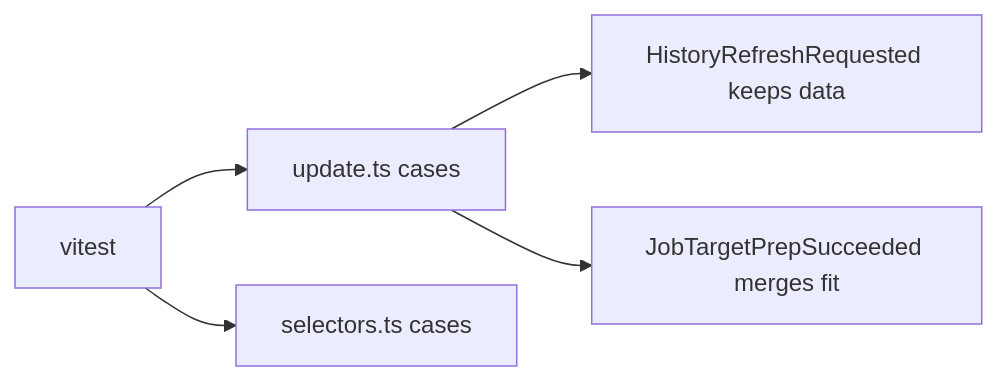
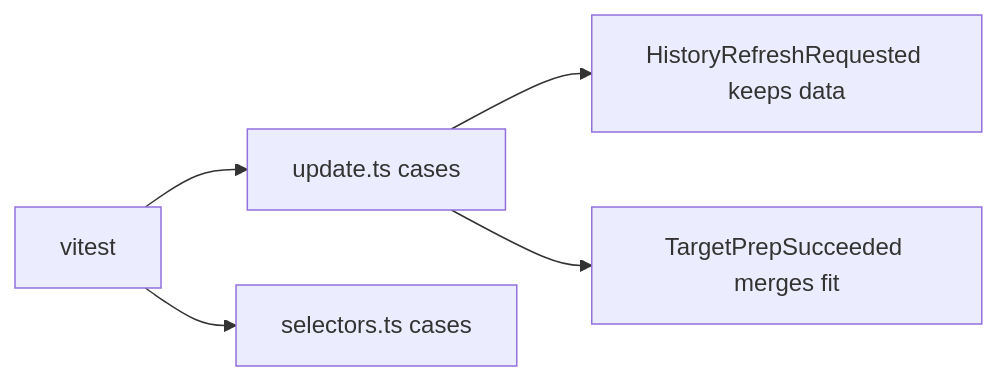
Diagram 12 of 16 in reports/batch-2-engineering-blueprints.md (p10ns11y/collab-finder), drawn with Mermaid before and after one commit. The commit also changed other lines of this file and 31 other files, not shown here.

First line of the commit message:
chore: deepest clean of legacy terminology (Job/JobTarget -> Opportunity/Target, Hunt -> Xplore)

````diff
--- a/reports/batch-2-engineering-blueprints.md
+++ b/reports/batch-2-engineering-blueprints.md
@@ -311,7 +311,7 @@
 ```mermaid
 flowchart LR
   T[vitest] --> U[update.ts cases]
   T --> S[selectors.ts cases]
   U --> R[HistoryRefreshRequested keeps data]
-  U --> P[JobTargetPrepSucceeded merges fit]
+  U --> P[TargetPrepSucceeded merges fit]
 ```
````
